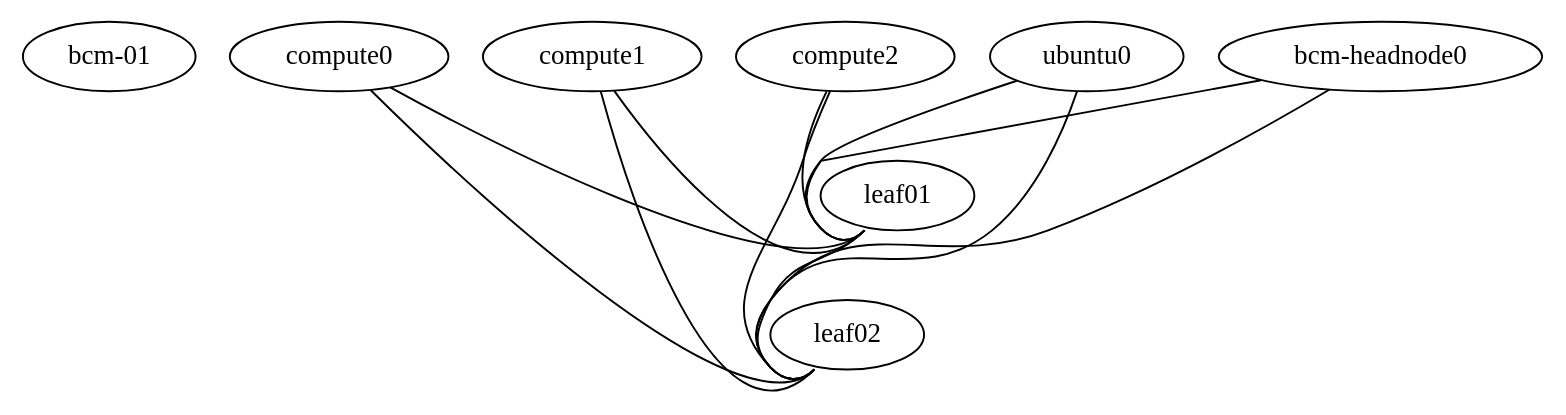
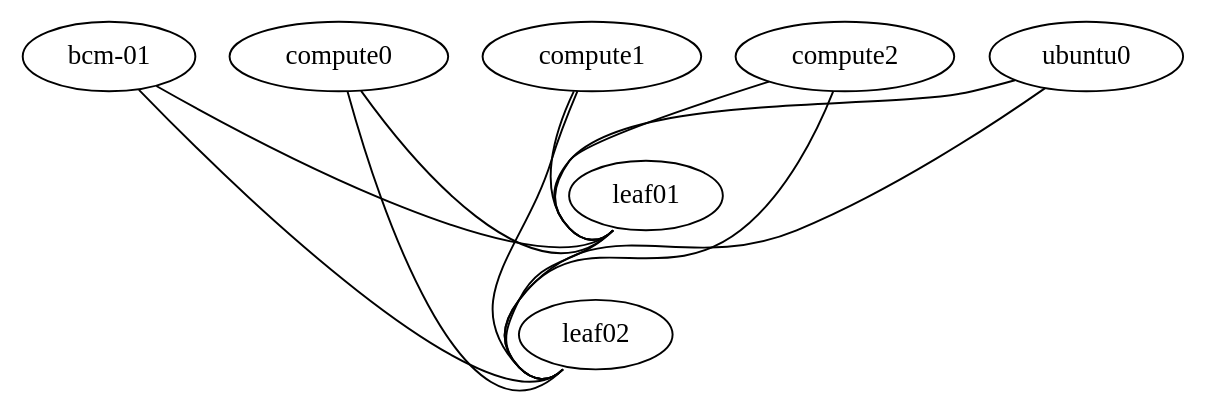
The diagram in topologies/test-bcm.dot (twilson217/bcm-in-nvidia-air), drawn with Graphviz before and after one commit. The commit also changed 6 other files, not shown here.

```diff
--- a/topologies/test-bcm.dot
+++ b/topologies/test-bcm.dot
@@ -1,21 +1,21 @@
 graph "bcm-air-poc" {
-  "bcm-01" [memory="4096" os="generic/ubuntu2404" cpu="2" cpu_mode="host-model" storage="200"]
-  "compute0" [function="server" memory="2048" os="pxe" cpu="2" boot="network" cpu_mode="host-model" storage="20"]
-  "compute1" [function="server" memory="2048" os="pxe" cpu="2" boot="network" cpu_mode="host-model" storage="20"]
-  "compute2" [function="server" memory="2048" os="pxe" cpu="2" boot="network" cpu_mode="host-model" storage="20"]
-  "ubuntu0" [function="server" memory="1024" os="generic/ubuntu2204" cpu="1"]
-  "leaf01" [function="leaf" memory="4096" os="cumulus-vx-5.14.0" cpu="3"]
-  "leaf02" [function="leaf" memory="4096" os="cumulus-vx-5.14.0" cpu="3"]
+  "bcm-01" [memory="8192" os="generic/ubuntu2404" cpu="4" cpu_mode="host-model" storage="200" mgmt_ip="192.168.200.254"]
+  "compute0" [function="server" memory="2048" os="pxe" cpu="2" boot="network" cpu_mode="host-model" storage="20" mgmt_ip="192.168.200.14"]
+  "compute1" [function="server" memory="2048" os="pxe" cpu="2" boot="network" cpu_mode="host-model" storage="20" mgmt_ip="192.168.200.15"]
+  "compute2" [function="server" memory="2048" os="pxe" cpu="2" boot="network" cpu_mode="host-model" storage="20" mgmt_ip="192.168.200.16"]
+  "ubuntu0" [function="server" memory="1024" os="generic/ubuntu2204" cpu="1" mgmt_ip="192.168.200.10"]
+  "leaf01" [function="leaf" memory="4096" os="cumulus-vx-5.15.0" cpu="3" mgmt_ip="192.168.200.12"]
+  "leaf02" [function="leaf" memory="4096" os="cumulus-vx-5.15.0" cpu="3" mgmt_ip="192.168.200.13"]
 
   "leaf01":"swp51" -- "leaf02":"swp51"
   "ubuntu0":"eth1" -- "leaf01":"swp1"
   "ubuntu0":"eth2" -- "leaf02":"swp1"
   "compute0":"eth1" -- "leaf01":"swp2"
   "compute0":"eth2" -- "leaf02":"swp2"
   "compute1":"eth1" -- "leaf01":"swp3"
   "compute1":"eth2" -- "leaf02":"swp3"
   "compute2":"eth1" -- "leaf01":"swp4"
   "compute2":"eth2" -- "leaf02":"swp4"
-  "bcm-headnode0":"eth1" -- "leaf01":"swp5"
-  "bcm-headnode0":"eth2" -- "leaf02":"swp5"
+  "bcm-01":"eth1" -- "leaf01":"swp5"
+  "bcm-01":"eth2" -- "leaf02":"swp5"
 }
```
